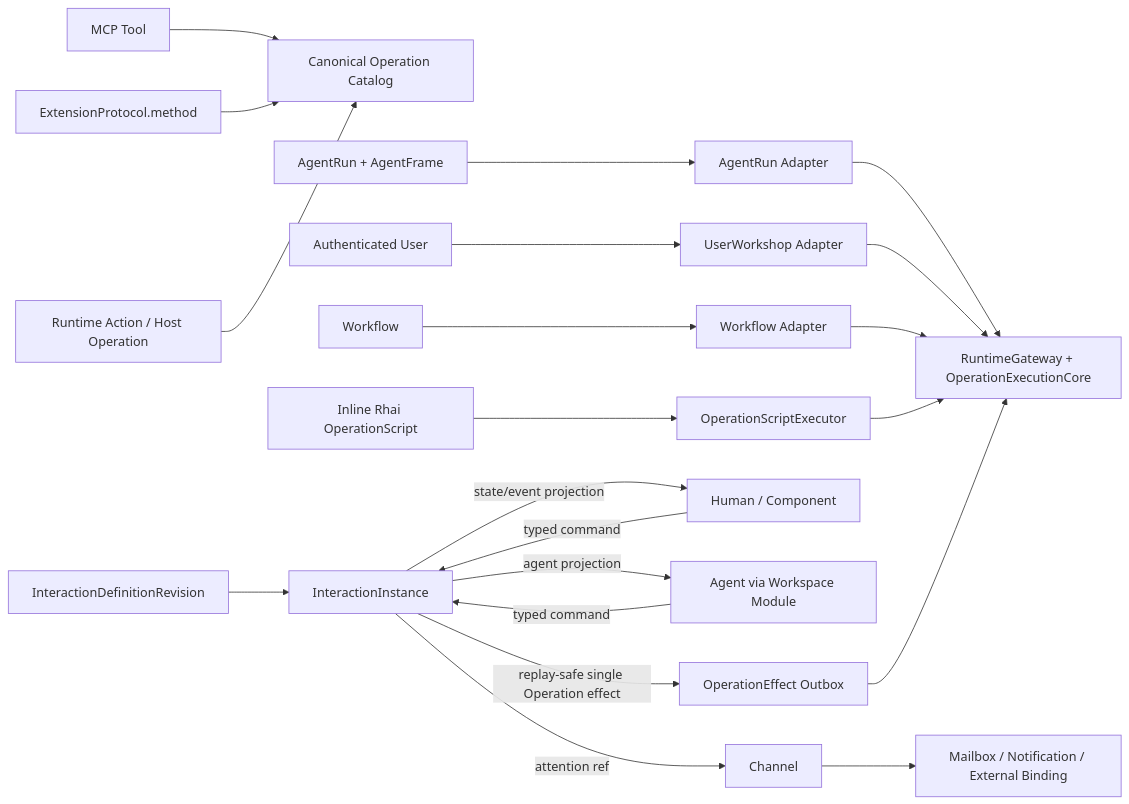
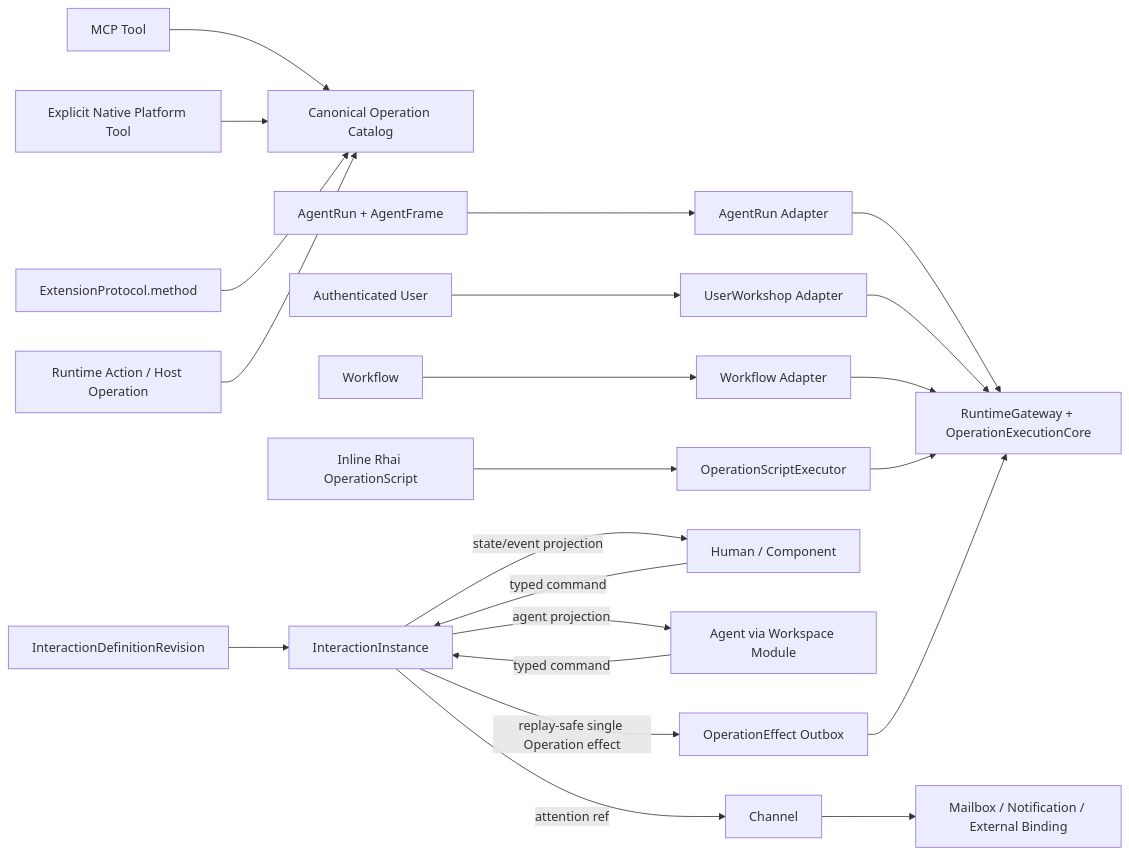
The diagram in .trellis/tasks/07-10-workspace-module-duplex-interaction-system/design.md (syan2018/AgentDash), drawn with Mermaid before and after one commit. The commit also changed other lines of this file and 22 other files, not shown here.

````diff
--- a/.trellis/tasks/07-10-workspace-module-duplex-interaction-system/design.md
+++ b/.trellis/tasks/07-10-workspace-module-duplex-interaction-system/design.md
@@ -5,26 +5,27 @@
 ```mermaid
 flowchart LR
   MCP["MCP Tool"] --> OC["Canonical Operation Catalog"]
+  PT["Explicit Native Platform Tool"] --> OC
   EP["ExtensionProtocol.method"] --> OC
   RA["Runtime Action / Host Operation"] --> OC
 
   AG["AgentRun + AgentFrame"] --> AA["AgentRun Adapter"]
   U["Authenticated User"] --> UW["UserWorkshop Adapter"]
   WF["Workflow"] --> WA["Workflow Adapter"]
   AA --> RG["RuntimeGateway + OperationExecutionCore"]
   UW --> RG
   WA --> RG
 
   SRC["Inline Rhai OperationScript"] --> SE["OperationScriptExecutor"]
   SE --> RG
 
   DEF["InteractionDefinitionRevision"] --> INS["InteractionInstance"]
   HUMAN["Human / Component"] -->|"typed command"| INS
   AGENT["Agent via Workspace Module"] -->|"typed command"| INS
   INS -->|"state/event projection"| HUMAN
   INS -->|"agent projection"| AGENT
   INS -->|"replay-safe single Operation effect"| OE["OperationEffect Outbox"]
   OE --> RG
   INS -->|"attention ref"| CH["Channel"]
   CH --> MB["Mailbox / Notification / External Binding"]
 ```
````
